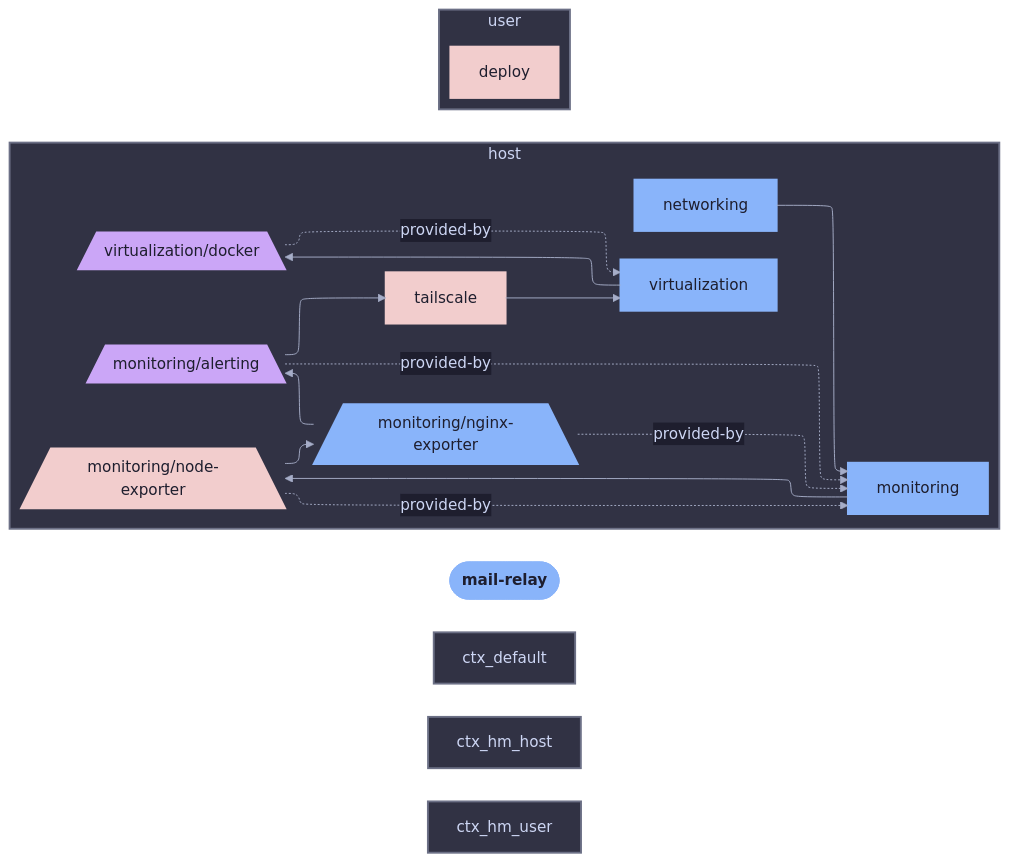
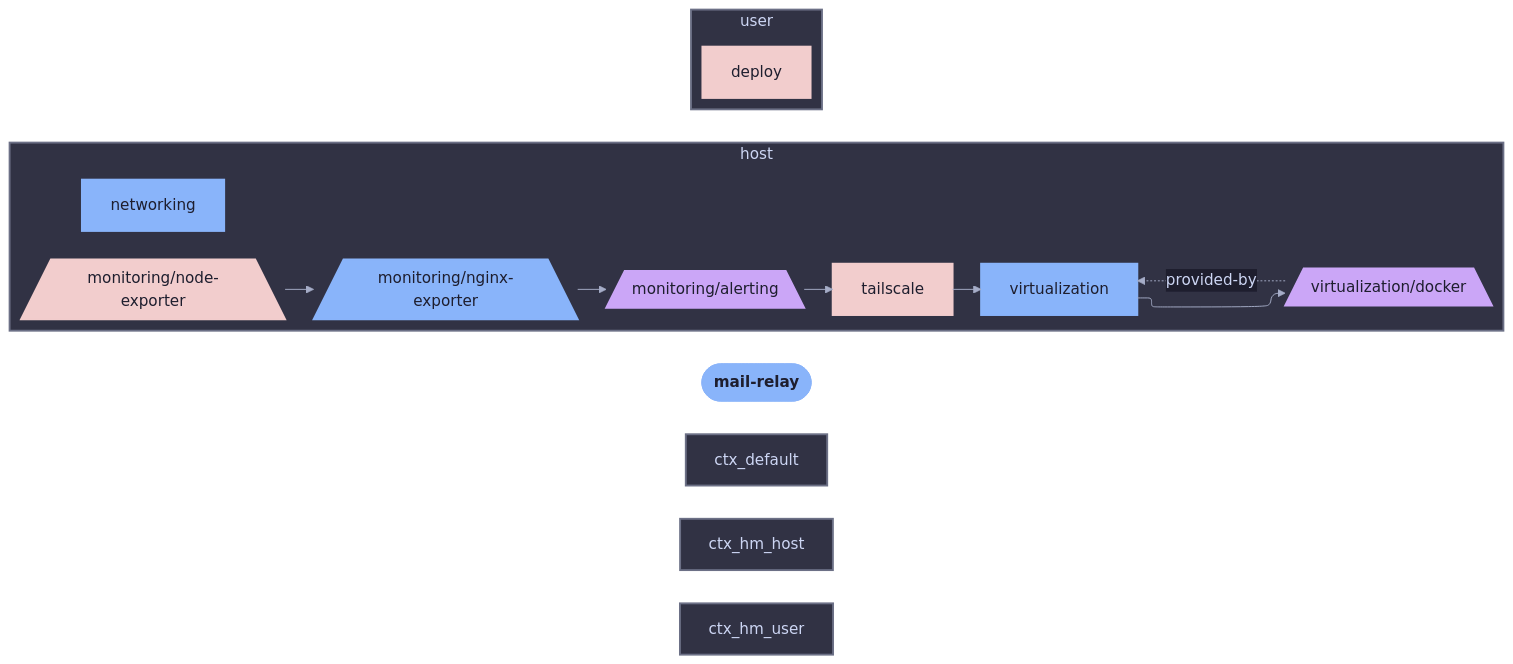
One commit to sini/den changed the diagram in templates/diag-fx-demo/diagrams/mail-relay-declared.md. Above: the diagram before and after it, drawn with Mermaid. The commit also changed 526 other files, not shown here.

Commit message:
chore: update fx diagrams

````diff
--- a/templates/diag-fx-demo/diagrams/mail-relay-declared.md
+++ b/templates/diag-fx-demo/diagrams/mail-relay-declared.md
@@ -5,49 +5,42 @@
 ```mermaid
 %%{init: {"elk":{"mergeEdges":true,"nodePlacementStrategy":"BRANDES_KOEPF"},"layout":"elk","theme":"base","themeVariables":{"activationBkgColor":"#313244","activationBorderColor":"#6c7086","actorBkg":"#313244","actorBorder":"#a6adc8","actorLineColor":"#a6adc8","actorTextColor":"#cdd6f4","background":"#1e1e2e","classText":"#cdd6f4","clusterBkg":"#313244","clusterBorder":"#6c7086","edgeLabelBackground":"#1e1e2e","labelBoxBkgColor":"#313244","labelBoxBorderColor":"#a6adc8","labelTextColor":"#cdd6f4","lineColor":"#a6adc8","loopTextColor":"#cdd6f4","mainBkg":"#313244","nodeBkg":"#313244","nodeBorder":"#a6adc8","nodeTextColor":"#cdd6f4","noteBkgColor":"#313244","noteBorderColor":"#6c7086","noteTextColor":"#cdd6f4","pie1":"#f38ba8","pie2":"#fab387","pie3":"#f9e2af","pie4":"#a6e3a1","pie5":"#94e2d5","pie6":"#89b4fa","pie7":"#cba6f7","pie8":"#f2cdcd","pieLegendTextColor":"#cdd6f4","pieOuterStrokeColor":"#6c7086","pieSectionTextColor":"#cdd6f4","pieStrokeColor":"#6c7086","pieTitleTextColor":"#cdd6f4","primaryBorderColor":"#a6adc8","primaryColor":"#313244","primaryTextColor":"#cdd6f4","secondBkg":"#313244","secondaryBorderColor":"#6c7086","secondaryColor":"#313244","secondaryTextColor":"#cdd6f4","sequenceNumberColor":"#1e1e2e","signalColor":"#a6adc8","signalTextColor":"#cdd6f4","tertiaryBorderColor":"#6c7086","tertiaryColor":"#313244","tertiaryTextColor":"#cdd6f4","textColor":"#cdd6f4","titleColor":"#cdd6f4"}}}%%
 graph LR
   mail_relay([mail-relay]):::root
 
   subgraph ctx_host["host"]
   monitoring__alerting[/"monitoring/alerting"\]:::monitoring__alerting_c
   virtualization__docker[/"virtualization/docker"\]:::virtualization__docker_c
-  monitoring["monitoring"]:::monitoring_c
   networking["networking"]:::networking_c
   monitoring__nginx_exporter[/"monitoring/nginx-exporter"\]:::monitoring__nginx_exporter_c
   monitoring__node_exporter[/"monitoring/node-exporter"\]:::monitoring__node_exporter_c
   tailscale["tailscale"]:::tailscale_c
   virtualization["virtualization"]:::virtualization_c
-  monitoring --> monitoring__node_exporter
   monitoring__alerting --> tailscale
   monitoring__nginx_exporter --> monitoring__alerting
   monitoring__node_exporter --> monitoring__nginx_exporter
-  networking --> monitoring
   tailscale --> virtualization
   virtualization --> virtualization__docker
-  monitoring__node_exporter -.->|provided-by| monitoring
-  monitoring__nginx_exporter -.->|provided-by| monitoring
-  monitoring__alerting -.->|provided-by| monitoring
   virtualization__docker -.->|provided-by| virtualization
   end
   subgraph ctx_user["user"]
   deploy["deploy"]:::deploy_c
 
   end
 
 
   classDef root fill:#89b4fa,stroke:#89b4fa,color:#1e1e2e,font-weight:bold
   classDef monitoring__alerting_c fill:#cba6f7,stroke:#cba6f7,color:#1e1e2e,stroke-width:2px
   classDef deploy_c fill:#f2cdcd,stroke:#f2cdcd,color:#1e1e2e,stroke-width:2px
   classDef virtualization__docker_c fill:#cba6f7,stroke:#cba6f7,color:#1e1e2e,stroke-width:2px
   classDef mail_relay_c fill:#cba6f7,stroke:#cba6f7,color:#1e1e2e,stroke-width:3px
-  classDef monitoring_c fill:#89b4fa,stroke:#89b4fa,color:#1e1e2e,stroke-width:2px
   classDef networking_c fill:#89b4fa,stroke:#89b4fa,color:#1e1e2e,stroke-width:2px
   classDef monitoring__nginx_exporter_c fill:#89b4fa,stroke:#89b4fa,color:#1e1e2e,stroke-width:2px
   classDef monitoring__node_exporter_c fill:#f2cdcd,stroke:#f2cdcd,color:#1e1e2e,stroke-width:2px
   classDef tailscale_c fill:#f2cdcd,stroke:#f2cdcd,color:#1e1e2e,stroke-width:2px
   classDef virtualization_c fill:#89b4fa,stroke:#89b4fa,color:#1e1e2e,stroke-width:2px
 style ctx_host fill:#313244,stroke:#6c7086,stroke-width:2px
 style ctx_default fill:#313244,stroke:#6c7086,stroke-width:2px
 style ctx_hm_host fill:#313244,stroke:#6c7086,stroke-width:2px
 style ctx_hm_user fill:#313244,stroke:#6c7086,stroke-width:2px
 style ctx_user fill:#313244,stroke:#6c7086,stroke-width:2px
 ```
````
